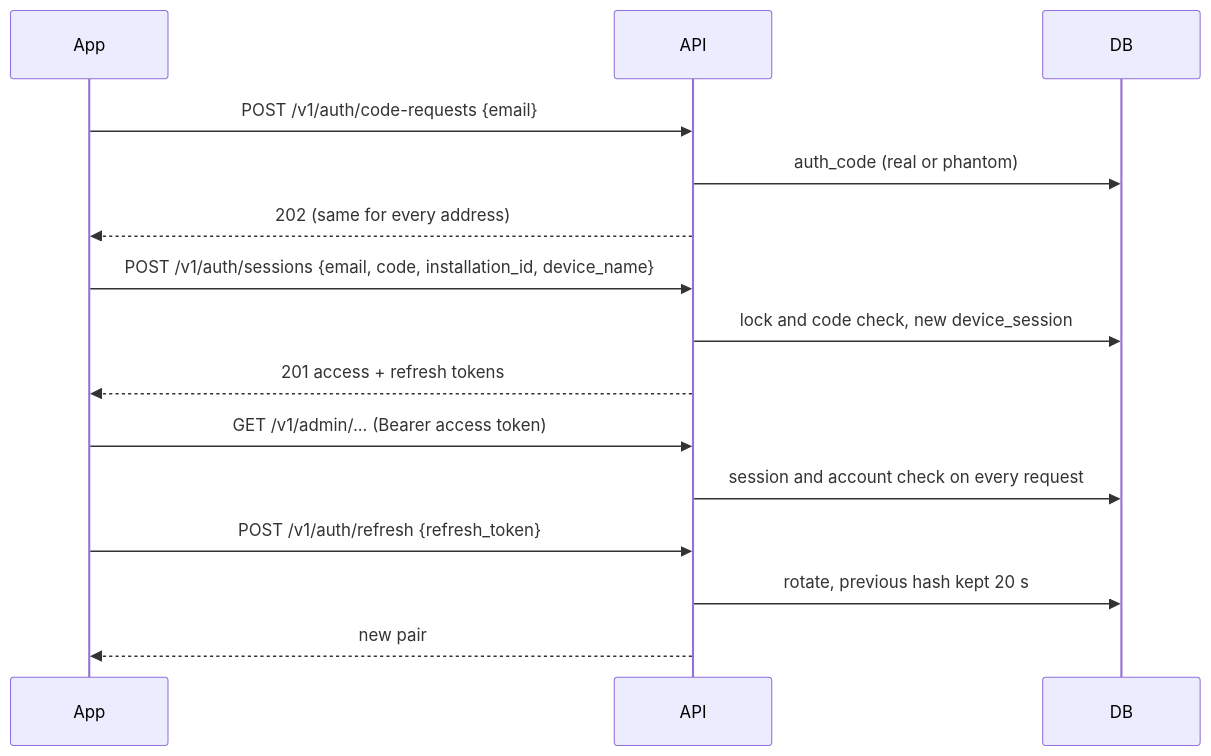
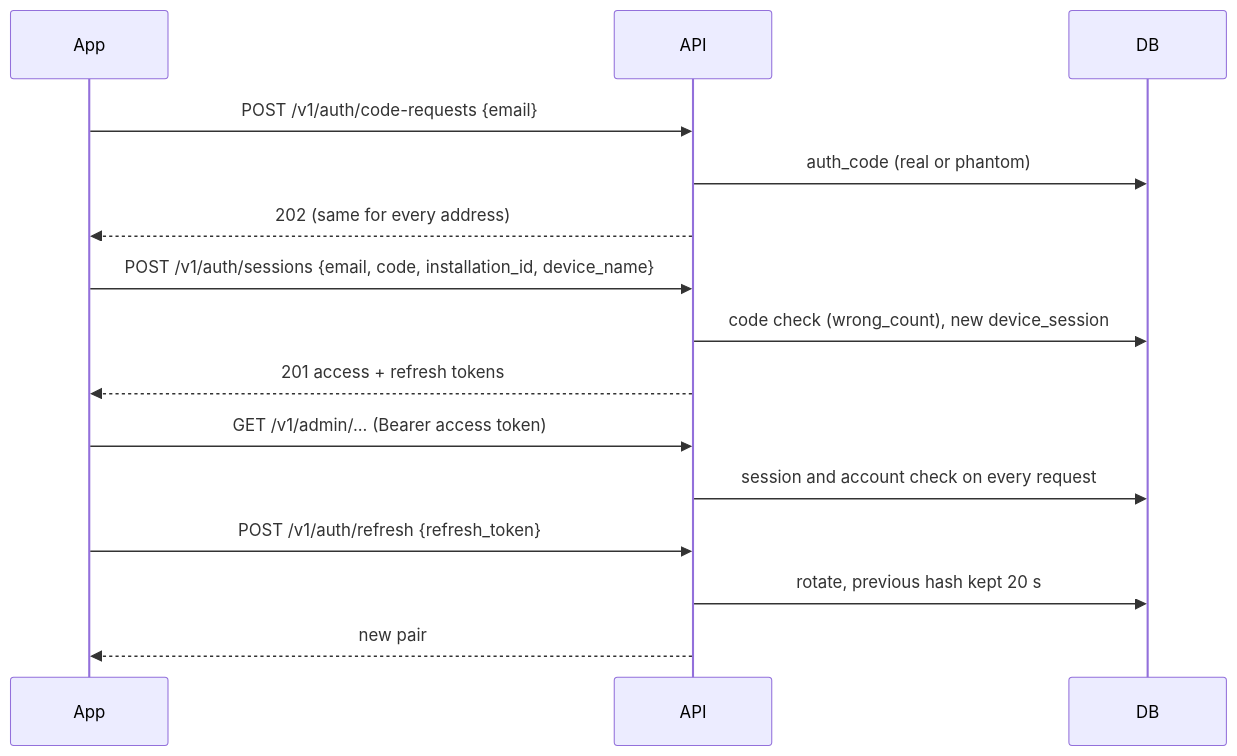
Before and after one commit to cuongtq4998/banhapp: the diagram in docs/system/auth.md, drawn with Mermaid. The commit also changed other lines of this file and 18 other files, not shown here.

Commit message:
atlas-architect: align ADR-0022 and auth with PRD v1.4, answer TQ-12/13, simplify admin data model

````diff
--- a/docs/system/auth.md
+++ b/docs/system/auth.md
@@ -30,17 +30,17 @@
 ```mermaid
 sequenceDiagram
     participant App
     participant API
     participant DB
     App->>API: POST /v1/auth/code-requests {email}
     API->>DB: auth_code (real or phantom)
     API-->>App: 202 (same for every address)
     App->>API: POST /v1/auth/sessions {email, code, installation_id, device_name}
-    API->>DB: lock and code check, new device_session
+    API->>DB: code check (wrong_count), new device_session
     API-->>App: 201 access + refresh tokens
     App->>API: GET /v1/admin/... (Bearer access token)
     API->>DB: session and account check on every request
     App->>API: POST /v1/auth/refresh {refresh_token}
     API->>DB: rotate, previous hash kept 20 s
     API-->>App: new pair
 ```
````
